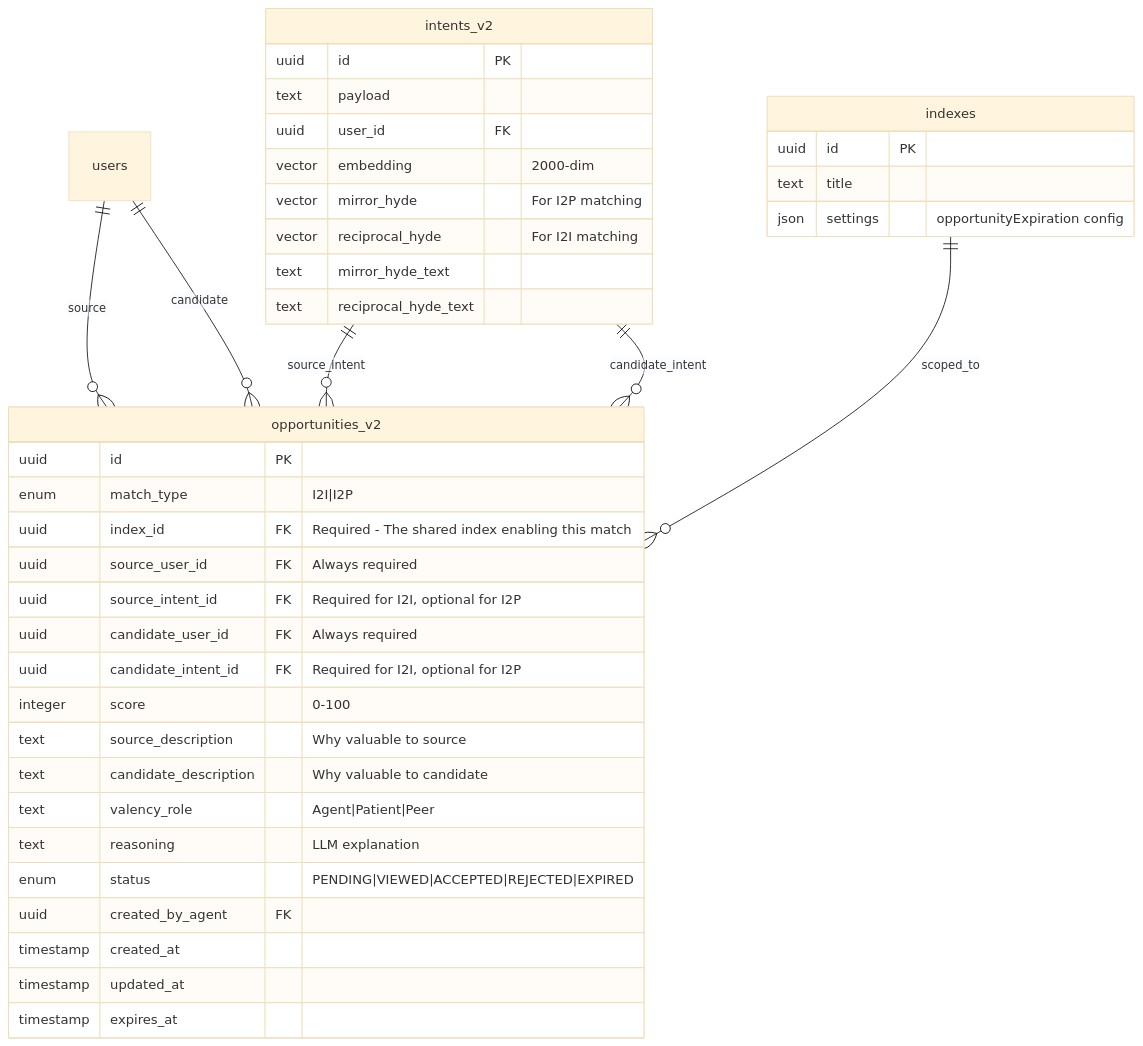
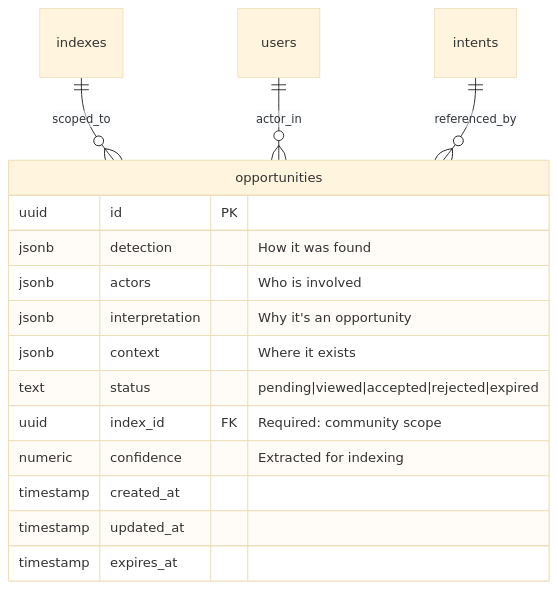
The first of 7 diagrams in protocol/plans/opportunity-redesign-plan.md (yanekyuk/index), drawn with Mermaid (base theme) before and after one commit. The commit also changed other lines of this file, not shown here.

First line of the commit message:
docs(opportunity): rewrite opportunity redesign plan to v2.0

````diff
--- a/protocol/plans/opportunity-redesign-plan.md
+++ b/protocol/plans/opportunity-redesign-plan.md
@@ -85,55 +107,20 @@
 ```mermaid
 erDiagram
-    opportunities_v2 {
+    opportunities {
         uuid id PK
-        enum match_type "I2I|I2P"
-        
-        %% Community Scope
-        uuid index_id FK "Required - The shared index enabling this match"
-        
-        %% Source side
-        uuid source_user_id FK "Always required"
-        uuid source_intent_id FK "Required for I2I, optional for I2P"
-        
-        %% Candidate side  
-        uuid candidate_user_id FK "Always required"
-        uuid candidate_intent_id FK "Required for I2I, optional for I2P"
-        
-        %% Match metadata
-        integer score "0-100"
-        text source_description "Why valuable to source"
-        text candidate_description "Why valuable to candidate"
-        text valency_role "Agent|Patient|Peer"
-        text reasoning "LLM explanation"
-        
-        %% Lifecycle
-        enum status "PENDING|VIEWED|ACCEPTED|REJECTED|EXPIRED"
-        uuid created_by_agent FK
+        jsonb detection "How it was found"
+        jsonb actors "Who is involved"
+        jsonb interpretation "Why it's an opportunity"
+        jsonb context "Where it exists"
+        text status "pending|viewed|accepted|rejected|expired"
+        uuid index_id FK "Required: community scope"
+        numeric confidence "Extracted for indexing"
         timestamp created_at
         timestamp updated_at
         timestamp expires_at
     }
     
-    intents_v2 {
-        uuid id PK
-        text payload
-        uuid user_id FK
-        vector embedding "2000-dim"
-        vector mirror_hyde "For I2P matching"
-        vector reciprocal_hyde "For I2I matching"
-        text mirror_hyde_text
-        text reciprocal_hyde_text
-    }
-    
-    indexes {
-        uuid id PK
-        text title
-        json settings "opportunityExpiration config"
-    }
-    
-    users ||--o{ opportunities_v2 : "source"
-    users ||--o{ opportunities_v2 : "candidate"
-    intents_v2 ||--o{ opportunities_v2 : "source_intent"
-    intents_v2 ||--o{ opportunities_v2 : "candidate_intent"
-    indexes ||--o{ opportunities_v2 : "scoped_to"
+    indexes ||--o{ opportunities : "scoped_to"
+    users ||--o{ opportunities : "actor_in"
+    intents ||--o{ opportunities : "referenced_by"
 ```
````
